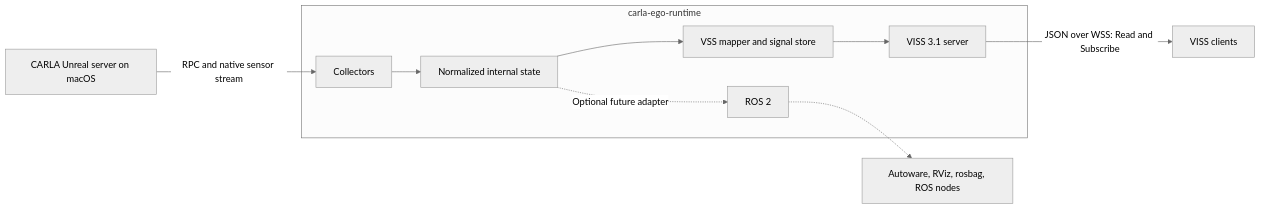
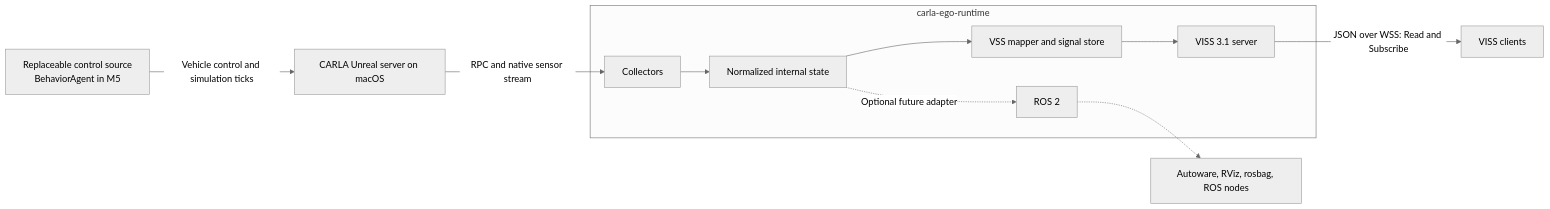
One commit to alexmaninblack/carla-ego-runtime changed the diagram in docs/architecture.md. Above: the diagram before and after it, drawn with Mermaid (neutral theme). The commit also changed other lines of this file and 17 other files, not shown here.

````diff
--- a/docs/architecture.md
+++ b/docs/architecture.md
@@ -11,12 +11,13 @@
 ```mermaid
 flowchart LR
     subgraph R["carla-ego-runtime"]
         K["Collectors"] --> N["Normalized internal state"]
         N --> M["VSS mapper and signal store"]
         M --> S["VISS 3.1 server"]
         N -. "Optional future adapter" .-> ROS["ROS 2"]
     end
     C["CARLA Unreal server on macOS"] -->|"RPC and native sensor stream"| K
+    A["Replaceable control source<br/>BehaviorAgent in M5"] -->|"Vehicle control and simulation ticks"| C
     S -->|"JSON over WSS: Read and Subscribe"| E["VISS clients"]
     ROS -.-> X["Autoware, RViz, rosbag, ROS nodes"]
 ```
````
